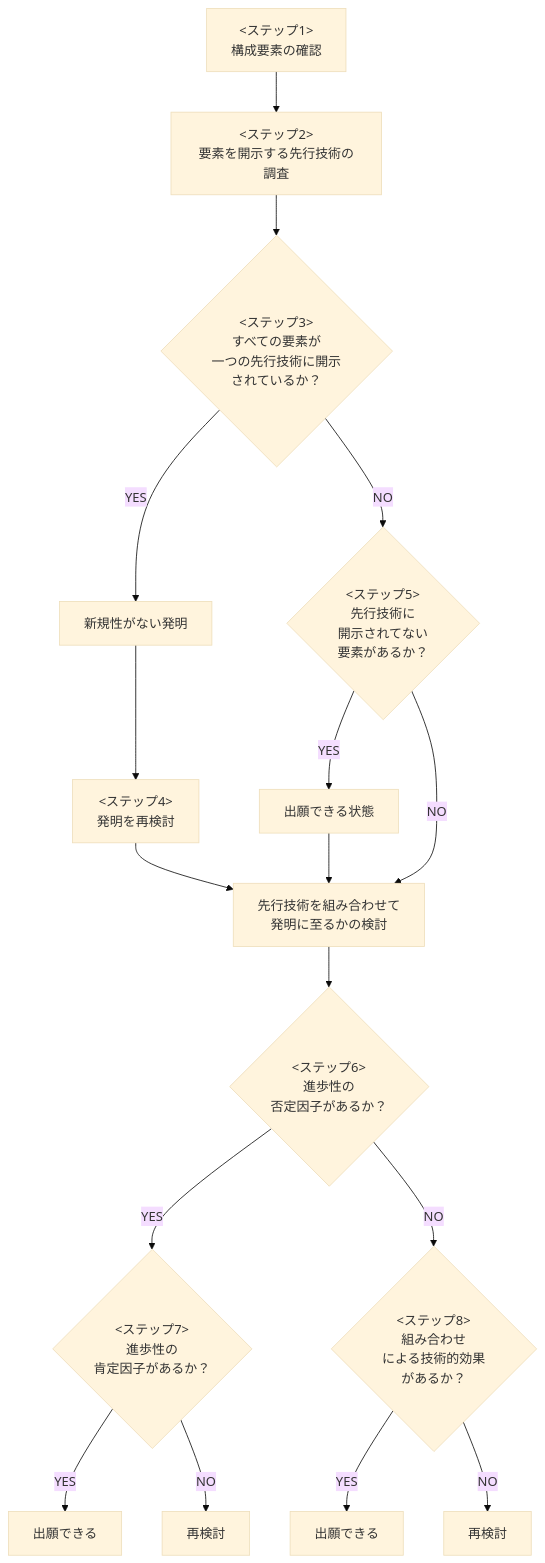
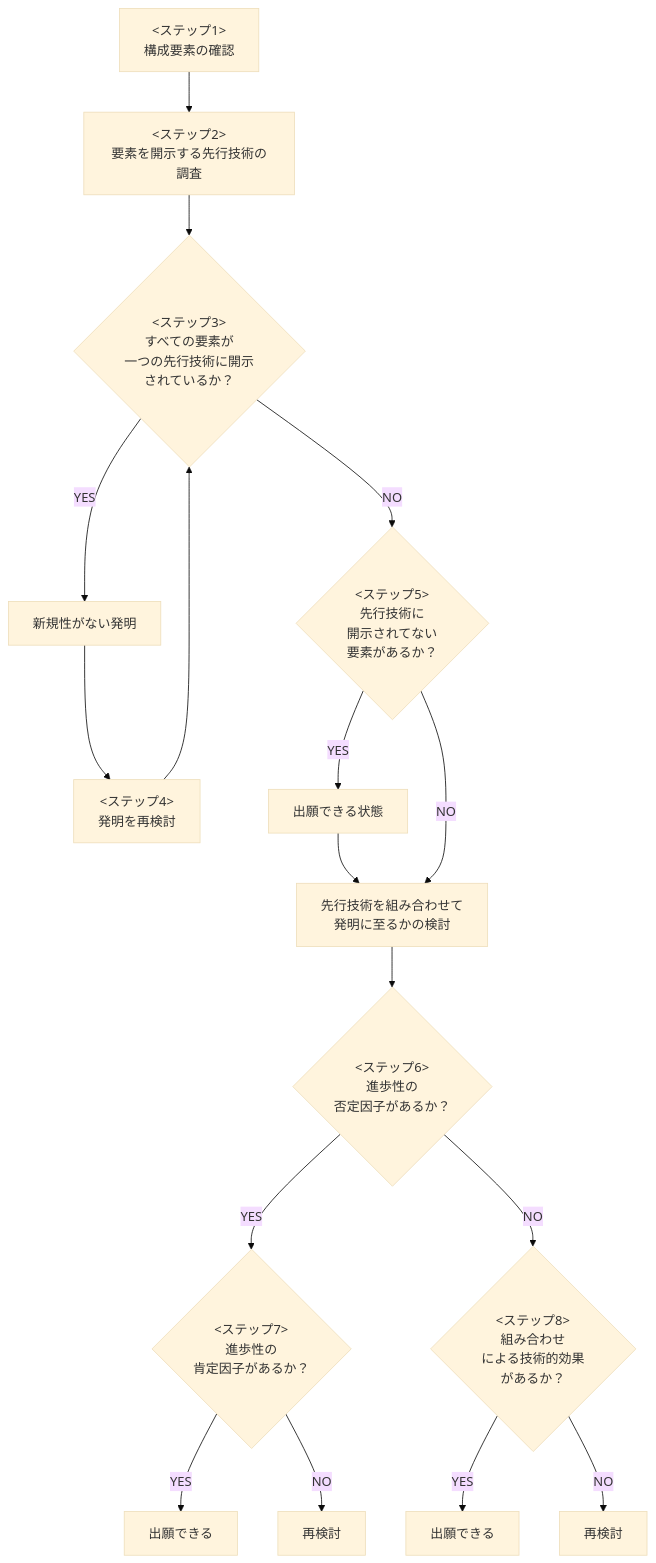
The diagram in note.md (namtoki/patent), drawn with Mermaid (base theme) before and after one commit.

````diff
--- a/note.md
+++ b/note.md
@@ -107,36 +107,36 @@
 ```mermaid
 flowchart TD
     S1["<ステップ1><br>構成要素の確認"]
     S2["<ステップ2><br>要素を開示する先行技術の調査"]
     S3{"<ステップ3><br>すべての要素が<br>一つの先行技術に開示<br>されているか？"}
     S4["<ステップ4><br>発明を再検討"]
     S5{"<ステップ5><br>先行技術に<br>開示されてない<br>要素があるか？"}
     S6{"<ステップ6><br>進歩性の<br>否定因子があるか？"}
     S7{"<ステップ7><br>進歩性の<br>肯定因子があるか？"}
     S8{"<ステップ8><br>組み合わせ<br>による技術的効果<br>があるか？"}
 
     NoNovelty["新規性がない発明"]
     Ready["出願できる状態"]
     Combine["先行技術を組み合わせて<br>発明に至るかの検討"]
     OK1["出願できる"]
     OK2["出願できる"]
     NG1["再検討"]
     NG2["再検討"]
 
     S1 --> S2
     S2 --> S3
     S3 -->|YES| NoNovelty
     NoNovelty --> S4
-    S4 --> Combine
+    S4 --> S3
     S3 -->|NO| S5
     S5 -->|YES| Ready
     Ready --> Combine
     S5 -->|NO| Combine
     Combine --> S6
     S6 -->|YES| S7
     S6 -->|NO| S8
     S7 -->|YES| OK1
     S7 -->|NO| NG1
     S8 -->|YES| OK2
     S8 -->|NO| NG2
 ```
````
